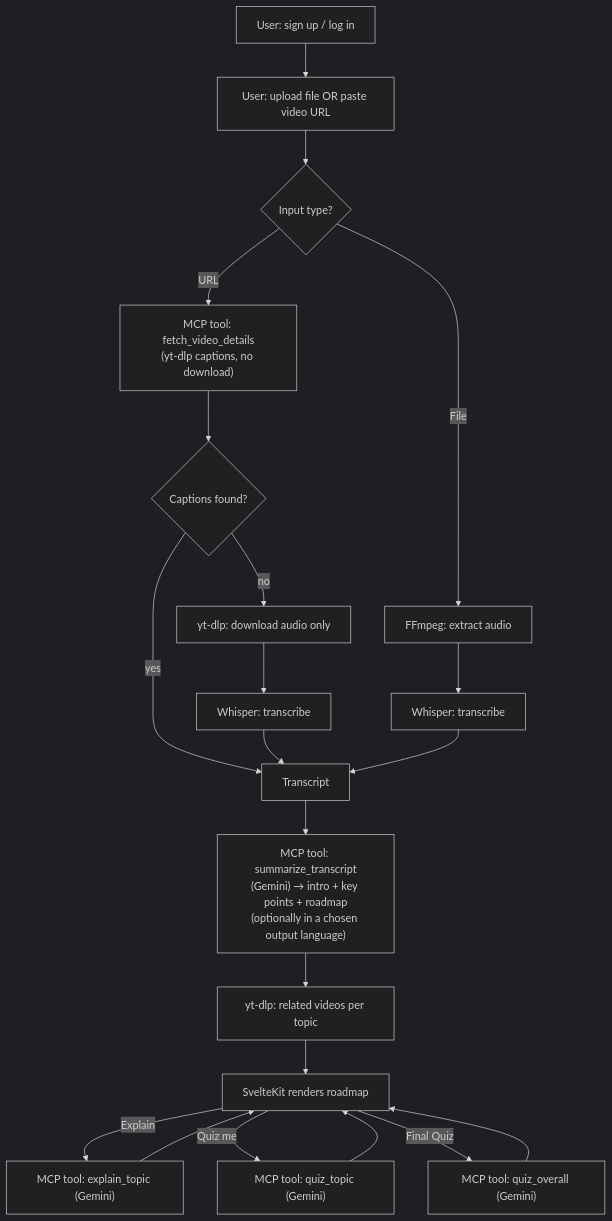
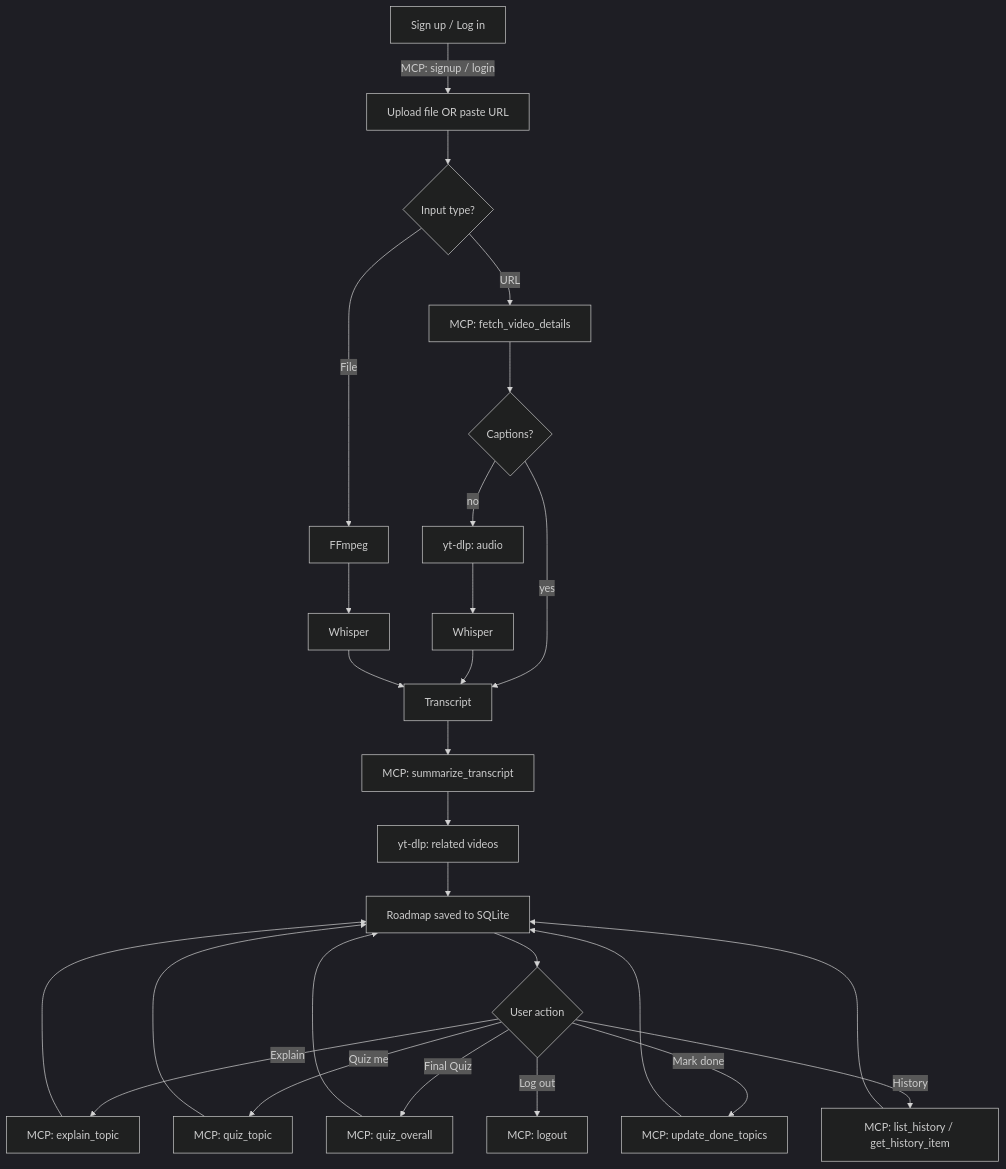
Before and after one commit to Keerthi292/AI-Video-Knowledge-Extractor: the first of 2 diagrams in README.md, drawn with Mermaid (dark theme). The commit also changed other lines of this file and 14 other files, not shown here.

````diff
--- a/README.md
+++ b/README.md
@@ -24,20 +41,20 @@
 ```mermaid
 flowchart TD
-    Z[User: sign up / log in] --> A[User: upload file OR paste video URL]
+    Z[Sign up / Log in] -->|MCP: signup / login| A[Upload file OR paste URL]
     A --> B{Input type?}
-
-    B -- URL --> C["MCP tool: fetch_video_details<br/>(yt-dlp captions, no download)"]
-    C --> D{Captions found?}
+    B -- URL --> C[MCP: fetch_video_details]
+    C --> D{Captions?}
     D -- yes --> E[Transcript]
-    D -- no --> F[yt-dlp: download audio only] --> G[Whisper: transcribe] --> E
-
-    B -- File --> H[FFmpeg: extract audio] --> I[Whisper: transcribe] --> E
-
-    E --> J["MCP tool: summarize_transcript<br/>(Gemini) → intro + key points + roadmap<br/>(optionally in a chosen output language)"]
-    J --> K[yt-dlp: related videos per topic]
-    K --> L[SvelteKit renders roadmap]
-
-    L -- "Explain" --> M["MCP tool: explain_topic (Gemini)"] --> L
-    L -- "Quiz me" --> N["MCP tool: quiz_topic (Gemini)"] --> L
-    L -- "Final Quiz" --> O["MCP tool: quiz_overall (Gemini)"] --> L
+    D -- no --> F[yt-dlp: audio] --> G[Whisper] --> E
+    B -- File --> H[FFmpeg] --> I[Whisper] --> E
+    E --> J[MCP: summarize_transcript]
+    J --> K[yt-dlp: related videos]
+    K --> L[Roadmap saved to SQLite]
+    L --> M{User action}
+    M -- Explain --> N[MCP: explain_topic] --> L
+    M -- Quiz me --> O[MCP: quiz_topic] --> L
+    M -- Final Quiz --> P[MCP: quiz_overall] --> L
+    M -- Mark done --> Q[MCP: update_done_topics] --> L
+    M -- History --> R[MCP: list_history / get_history_item] --> L
+    M -- Log out --> S[MCP: logout]
 ```
````
